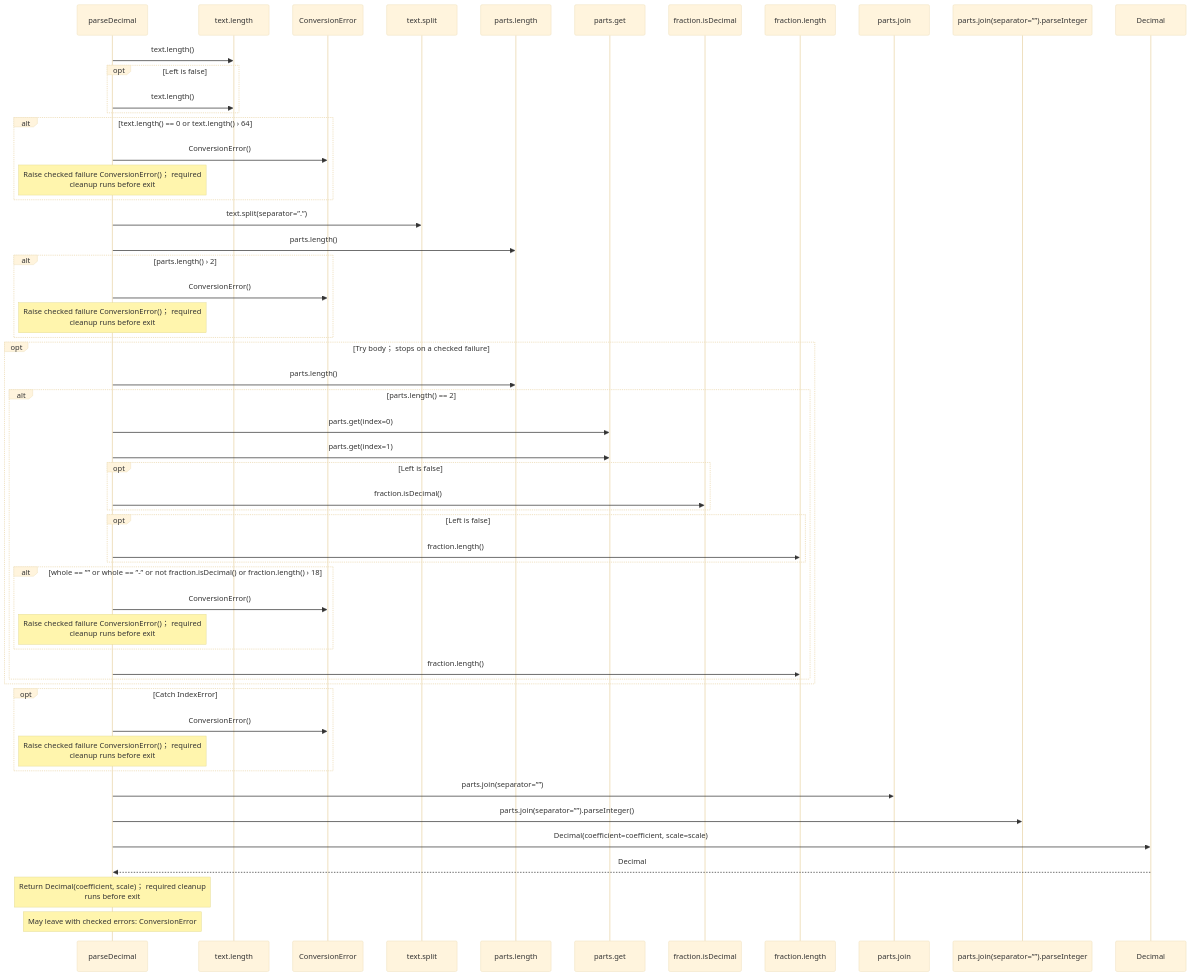
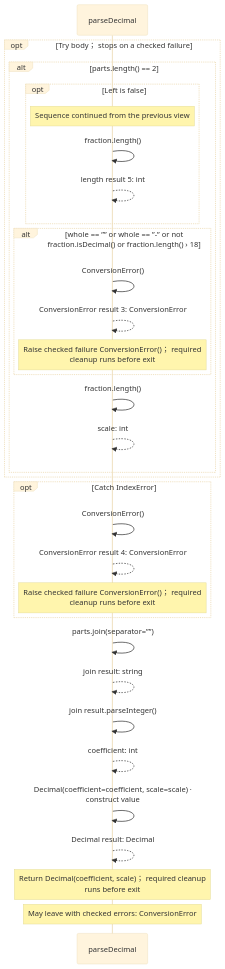
The third of 10 diagrams in src/stdlib/math/decimals.aug.diagrams.md (GreenPandaStudios/augscript), drawn with Mermaid (base theme) before and after one commit. The commit also changed other lines of this file and 304 other files, not shown here.

Commit message:
Make generated data-flow sequences concise and review every diagram

````diff
--- a/src/stdlib/math/decimals.aug.diagrams.md
+++ b/src/stdlib/math/decimals.aug.diagrams.md
@@ -69,56 +81,34 @@
 ```mermaid
 sequenceDiagram
     participant p0 as parseDecimal
-    participant p1 as text.length
-    participant p2 as ConversionError
-    participant p3 as text.split
-    participant p4 as parts.length
-    participant p5 as parts.get
-    participant p6 as fraction.isDecimal
-    participant p7 as fraction.length
-    participant p8 as parts.join
-    participant p9 as parts.join(separator=””).parseInteger
-    participant p10 as Decimal
-    p0->>p1: text.length()
+
+    opt Try body； stops on a checked failure
+    alt parts.length() == 2
     opt Left is false
-    p0->>p1: text.length()
+    Note over p0: Sequence continued from the previous view
+    p0->>p0: fraction.length()
+    p0-->>p0: length result 5: int
     end
-    alt text.length() == 0 or text.length() › 64
-    p0->>p2: ConversionError()
+    alt whole == ”” or whole == ”-” or not fraction.isDecimal() or fraction.length() › 18
+    p0->>p0: ConversionError()
+    p0-->>p0: ConversionError result 3: ConversionError
     Note over p0: Raise checked failure ConversionError()； required<br/>cleanup runs before exit
     end
-    p0->>p3: text.split(separator=”.”)
-    p0->>p4: parts.length()
-    alt parts.length() › 2
-    p0->>p2: ConversionError()
-    Note over p0: Raise checked failure ConversionError()； required<br/>cleanup runs before exit
-    end
-    opt Try body； stops on a checked failure
-    p0->>p4: parts.length()
-    alt parts.length() == 2
-    p0->>p5: parts.get(index=0)
-    p0->>p5: parts.get(index=1)
-    opt Left is false
-    p0->>p6: fraction.isDecimal()
-    end
-    opt Left is false
-    p0->>p7: fraction.length()
-    end
-    alt whole == ”” or whole == ”-” or not fraction.isDecimal() or fraction.length() › 18
-    p0->>p2: ConversionError()
-    Note over p0: Raise checked failure ConversionError()； required<br/>cleanup runs before exit
-    end
-    p0->>p7: fraction.length()
+    p0->>p0: fraction.length()
+    p0-->>p0: scale: int
     end
     end
     opt Catch IndexError
-    p0->>p2: ConversionError()
+    p0->>p0: ConversionError()
+    p0-->>p0: ConversionError result 4: ConversionError
     Note over p0: Raise checked failure ConversionError()； required<br/>cleanup runs before exit
     end
-    p0->>p8: parts.join(separator=””)
-    p0->>p9: parts.join(separator=””).parseInteger()
-    p0->>p10: Decimal(coefficient=coefficient, scale=scale)
-    p10-->>p0: Decimal
+    p0->>p0: parts.join(separator=””)
+    p0-->>p0: join result: string
+    p0->>p0: join result.parseInteger()
+    p0-->>p0: coefficient: int
+    p0->>p0: Decimal(coefficient=coefficient, scale=scale) ·<br/>construct value
+    p0-->>p0: Decimal result: Decimal
     Note over p0: Return Decimal(coefficient, scale)； required cleanup<br/>runs before exit
     Note over p0: May leave with checked errors: ConversionError
 ```
````
